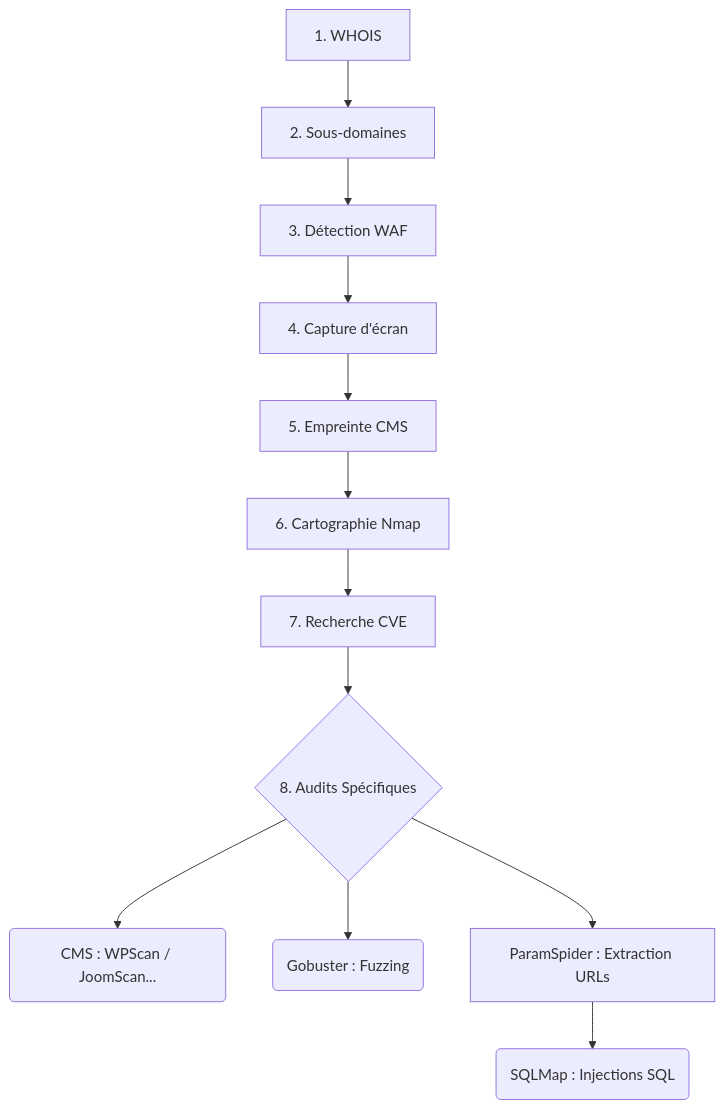
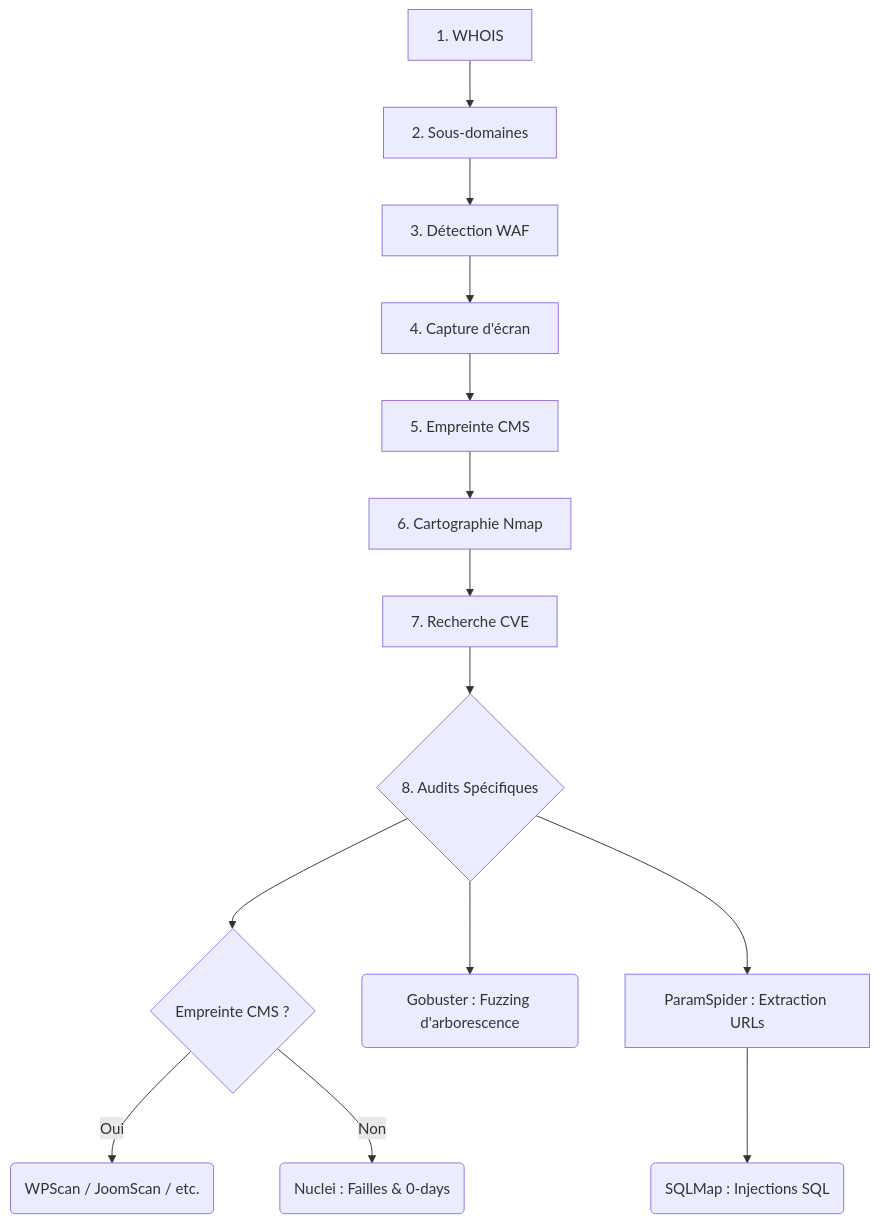
One commit to Ronan-Bozoc-cyber/matrix-scanner changed the first of 2 diagrams in README.md. Above: the diagram before and after it, drawn with Mermaid. The commit also changed other lines of this file and 4 other files, not shown here.

Commit message:
Implémentation du Smart Branching Nuclei vs CMS

````diff
--- a/README.md
+++ b/README.md
@@ -115,15 +115,17 @@
 ```mermaid
 graph TD
     A[1. WHOIS] --> B[2. Sous-domaines]
     B --> C[3. Détection WAF]
     C --> D[4. Capture d'écran]
     D --> E[5. Empreinte CMS]
     E --> F[6. Cartographie Nmap]
     F --> G[7. Recherche CVE]
     G --> H{8. Audits Spécifiques}
-    H --> I(CMS : WPScan / JoomScan...)
-    H --> K(Gobuster : Fuzzing)
+    H --> I{Empreinte CMS ?}
+    I -- Oui --> M(WPScan / JoomScan / etc.)
+    I -- Non --> N(Nuclei : Failles & 0-days)
+    H --> K(Gobuster : Fuzzing d'arborescence)
     H --> L[ParamSpider : Extraction URLs]
     L --> J(SQLMap : Injections SQL)
    
 ```
````
